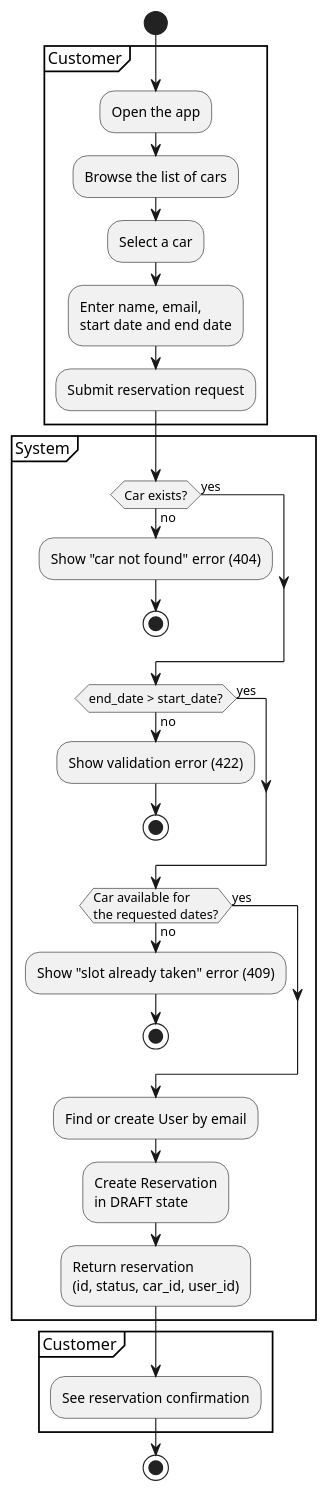
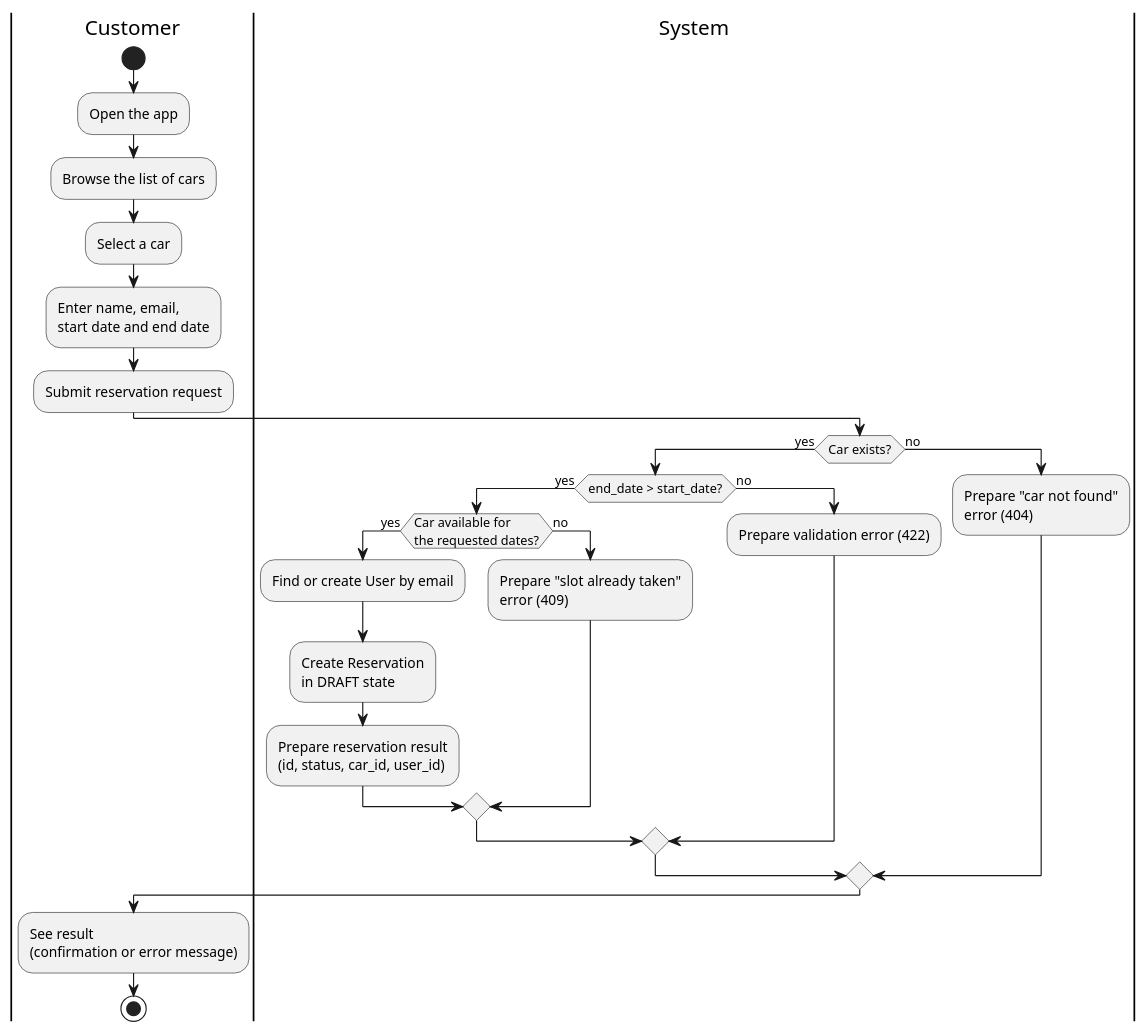
The diagram in docs/diagrams/activity-make-reservation.puml (DavidMagyarics/CarRentalVSB), drawn with PlantUML before and after one commit.

Commit message:
fix: single exit point and side-by-side swimlanes in activity diagram
Use PlantUML |Lane| swimlanes (Customer | System | Customer) instead
of stacked partitions, and nest the validation checks so every path
merges into one final activity before a single stop node, instead of
stopping separately in each error branch.

```diff
--- a/docs/diagrams/activity-make-reservation.puml
+++ b/docs/diagrams/activity-make-reservation.puml
@@ -1,43 +1,32 @@
 @startuml activity-make-reservation
 skinparam backgroundColor white
 
+|Customer|
 start
+:Open the app;
+:Browse the list of cars;
+:Select a car;
+:Enter name, email,\nstart date and end date;
+:Submit reservation request;
 
-partition Customer {
-  :Open the app;
-  :Browse the list of cars;
-  :Select a car;
-  :Enter name, email,\nstart date and end date;
-  :Submit reservation request;
-}
+|System|
+if (Car exists?) then (yes)
+  if (end_date > start_date?) then (yes)
+    if (Car available for\nthe requested dates?) then (yes)
+      :Find or create User by email;
+      :Create Reservation\nin DRAFT state;
+      :Prepare reservation result\n(id, status, car_id, user_id);
+    else (no)
+      :Prepare "slot already taken"\nerror (409);
+    endif
+  else (no)
+    :Prepare validation error (422);
+  endif
+else (no)
+  :Prepare "car not found"\nerror (404);
+endif
 
-partition System {
-  if (Car exists?) then (yes)
-  else (no)
-    :Show "car not found" error (404);
-    stop
-  endif
-
-  if (end_date > start_date?) then (yes)
-  else (no)
-    :Show validation error (422);
-    stop
-  endif
-
-  if (Car available for\nthe requested dates?) then (yes)
-  else (no)
-    :Show "slot already taken" error (409);
-    stop
-  endif
-
-  :Find or create User by email;
-  :Create Reservation\nin DRAFT state;
-  :Return reservation\n(id, status, car_id, user_id);
-}
-
-partition Customer {
-  :See reservation confirmation;
-}
-
+|Customer|
+:See result\n(confirmation or error message);
 stop
 @enduml
```
